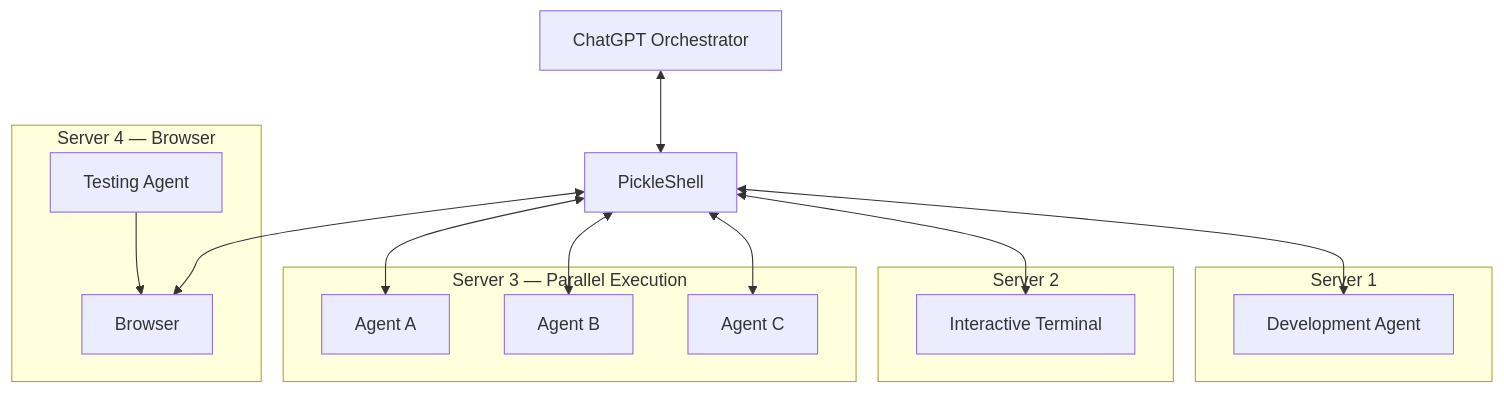
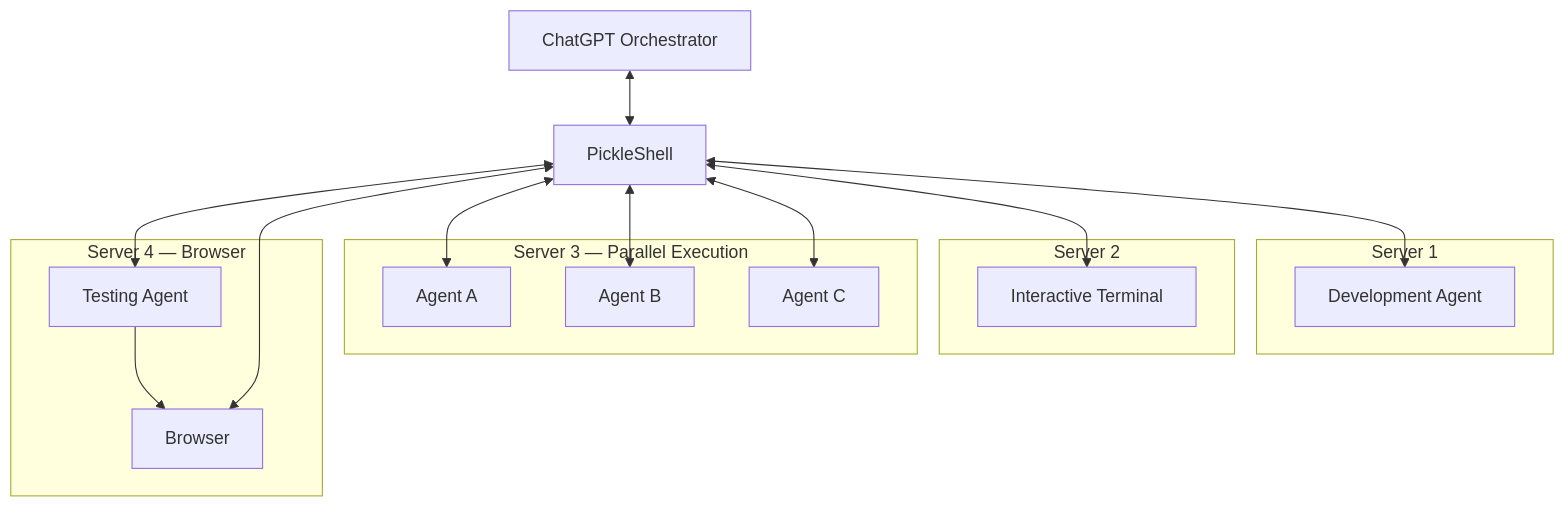
One commit to pickleshell/pickleshell changed the second of 3 diagrams in README.md. Above: the diagram before and after it, drawn with Mermaid.

Commit message:
docs: connect testing agent to PickleShell

````diff
--- a/README.md
+++ b/README.md
@@ -171,34 +171,35 @@
 ```mermaid
 flowchart TB
     C["ChatGPT Orchestrator"]
     P["PickleShell"]
 
     C <--> P
 
     subgraph S1["Server 1"]
         A1["Development Agent"]
     end
 
     subgraph S2["Server 2"]
         T["Interactive Terminal"]
     end
 
     subgraph S3["Server 3 — Parallel Execution"]
         A2["Agent A"]
         A3["Agent B"]
         A4["Agent C"]
     end
 
     subgraph S4["Server 4 — Browser"]
         A5["Testing Agent"]
         B["Browser"]
         A5 --> B
     end
 
     P <--> A1
     P <--> T
     P <--> A2
     P <--> A3
     P <--> A4
+    P <--> A5
     P <--> B
 ```
````
